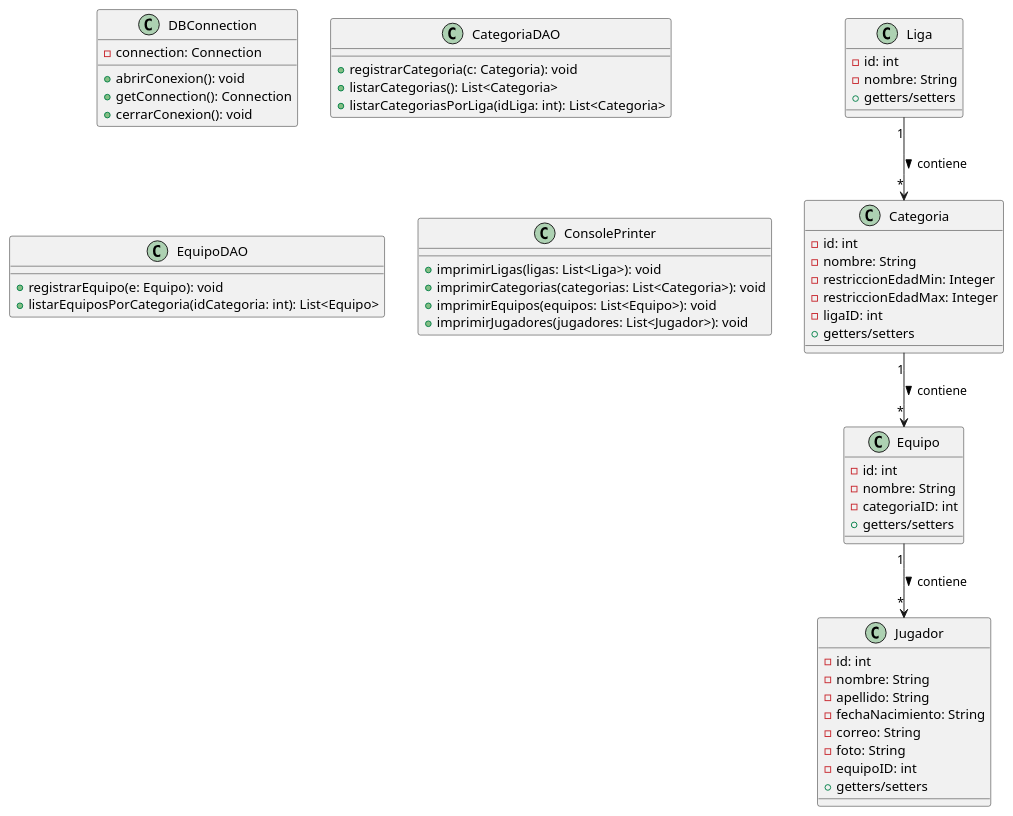
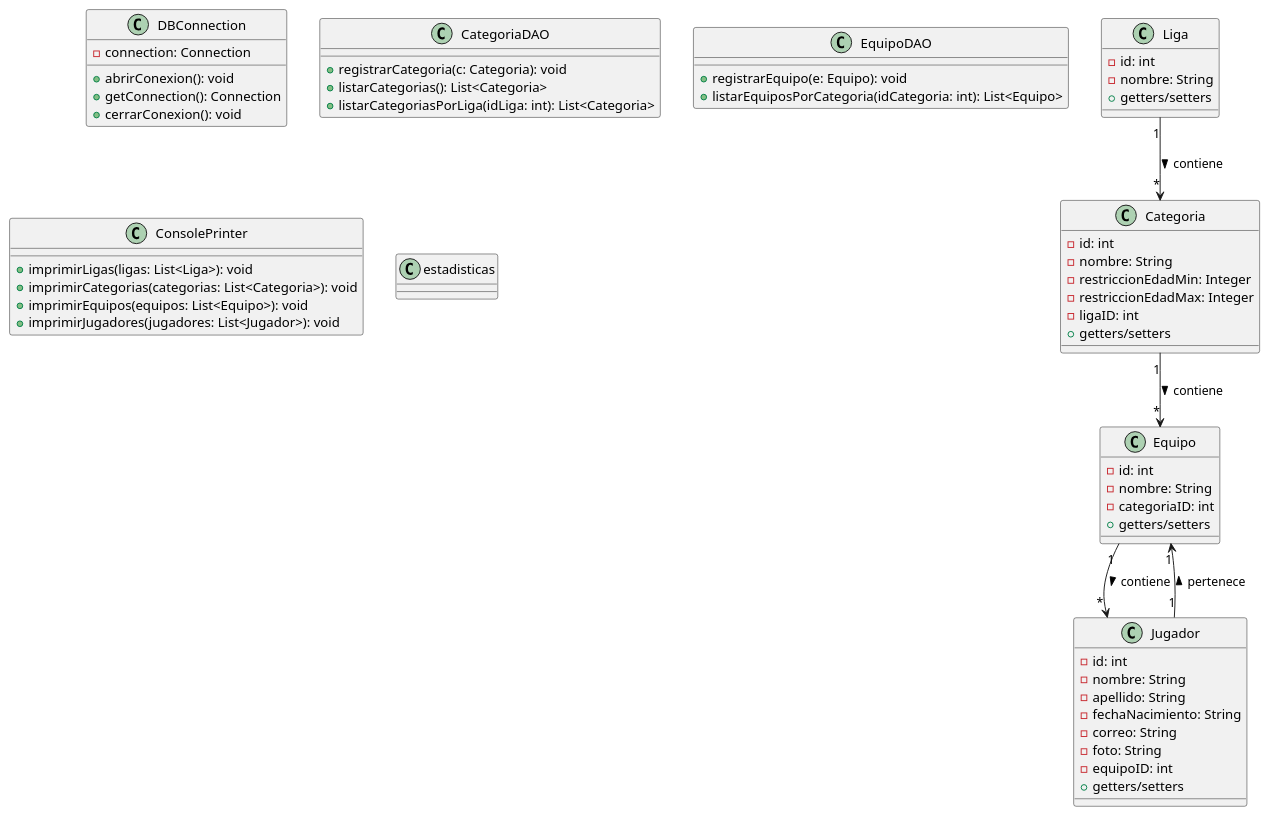
Before and after one commit to Irvalejo/SportCore: the diagram in src/UML.puml, drawn with PlantUML. The commit also changed 4 other files, not shown here.

```diff
--- a/src/UML.puml
+++ b/src/UML.puml
@@ -1,66 +1,70 @@
 @startuml
 
 class DBConnection {
     - connection: Connection
     + abrirConexion(): void
     + getConnection(): Connection
     + cerrarConexion(): void
 }
 
 class Liga {
     - id: int
     - nombre: String
     + getters/setters
 }
 
 class Categoria {
     - id: int
     - nombre: String
     - restriccionEdadMin: Integer
     - restriccionEdadMax: Integer
     - ligaID: int
     + getters/setters
 }
 
 class CategoriaDAO {
     + registrarCategoria(c: Categoria): void
     + listarCategorias(): List<Categoria>
     + listarCategoriasPorLiga(idLiga: int): List<Categoria>
 }
 
 class Equipo {
     - id: int
     - nombre: String
     - categoriaID: int
     + getters/setters
 }
 
 class EquipoDAO {
     + registrarEquipo(e: Equipo): void
     + listarEquiposPorCategoria(idCategoria: int): List<Equipo>
 }
 
 class Jugador {
     - id: int
     - nombre: String
     - apellido: String
     - fechaNacimiento: String
     - correo: String
     - foto: String
     - equipoID: int
     + getters/setters
 }
 
 class ConsolePrinter {
     + imprimirLigas(ligas: List<Liga>): void
     + imprimirCategorias(categorias: List<Categoria>): void
     + imprimirEquipos(equipos: List<Equipo>): void
     + imprimirJugadores(jugadores: List<Jugador>): void
 }
 
+class estadisticas {
+
+}
 ' Relaciones
 Liga "1" --> "*" Categoria : contiene >
 Categoria "1" --> "*" Equipo : contiene >
 Equipo "1" --> "*" Jugador : contiene >
+Jugador "1" --> "1" Equipo : pertenece >
 
 @enduml
```
